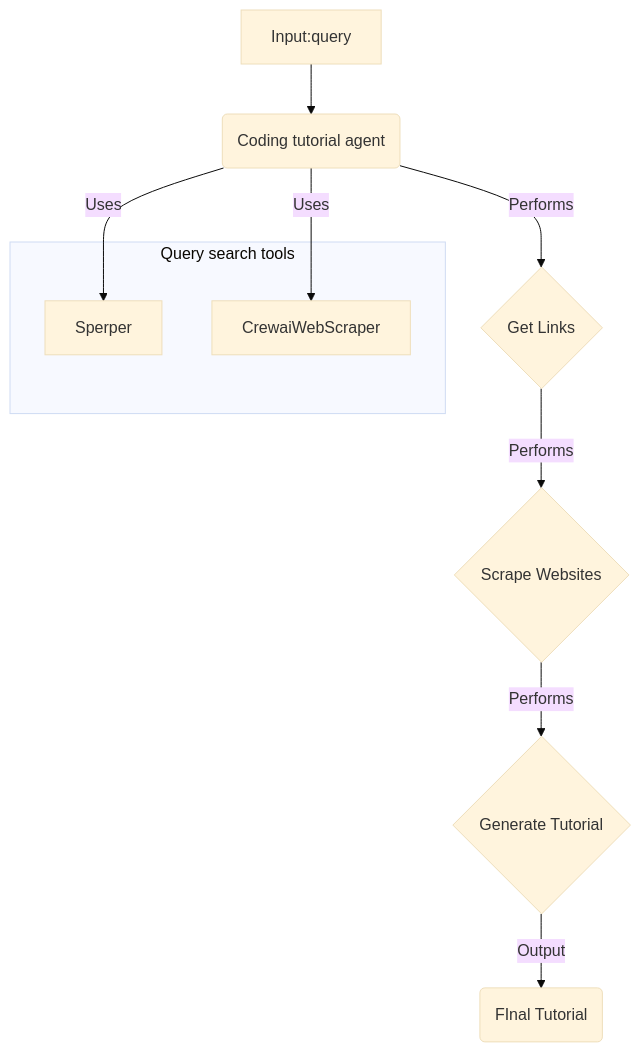
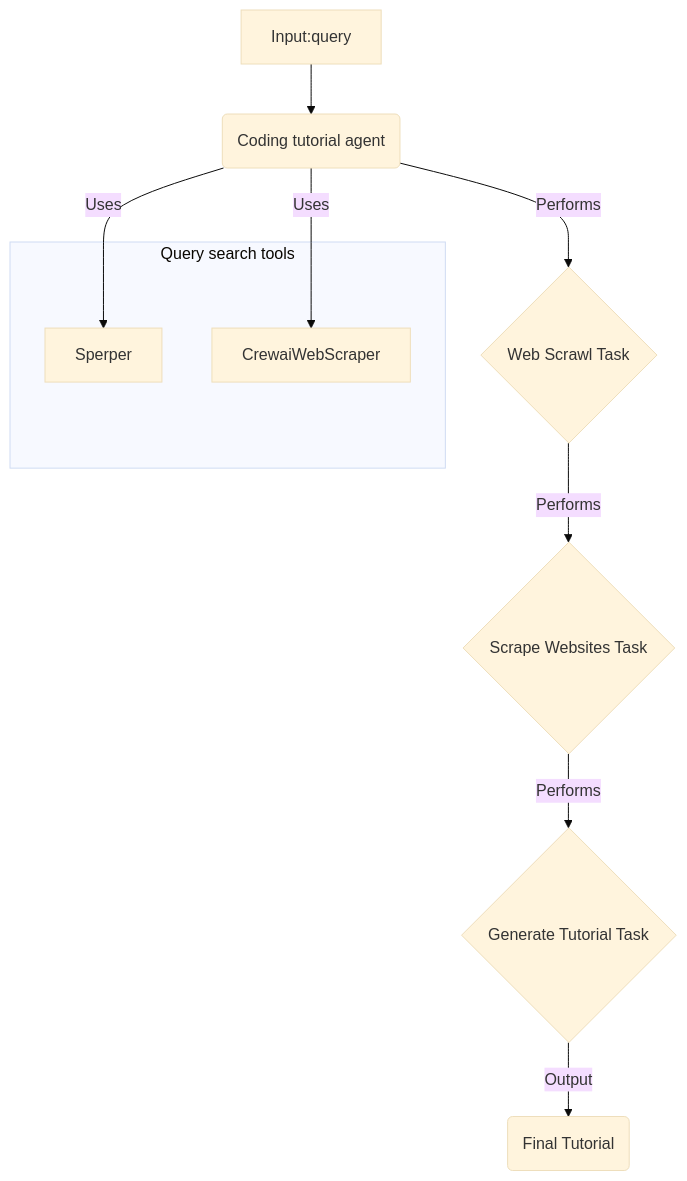
Before and after one commit to masumi-network/crewai-masumi-reference-implementations: the diagram in crewai-coding-tutorial-agent/README.md, drawn with Mermaid (base theme). The commit also changed other lines of this file, not shown here.

Commit message:
updated README documentation for tutorial agent

````diff
--- a/crewai-coding-tutorial-agent/README.md
+++ b/crewai-coding-tutorial-agent/README.md
@@ -1,17 +3,17 @@
 ```mermaid
 graph TD
     A[Input:query] --> B(Coding tutorial agent);
 
     subgraph "Query search tools"
         T1[Sperper]
         T2[CrewaiWebScraper]
     end
 
     B -- Uses --> T1;
     B -- Uses --> T2;
 
-    B -->|Performs| F{Get Links};
-    F -->|Performs| G{Scrape Websites};
-    G -->|Performs| H{Generate Tutorial};
-    H -->|Output| I(FInal Tutorial);
+    B -->|Performs| F{Web Scrawl Task};
+    F -->|Performs| G{Scrape Websites Task};
+    G -->|Performs| H{Generate Tutorial Task};
+    H -->|Output| I(Final Tutorial);
 ```
````
